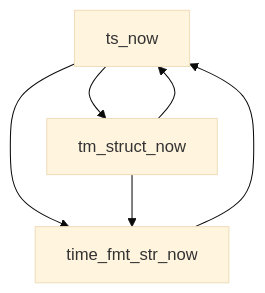
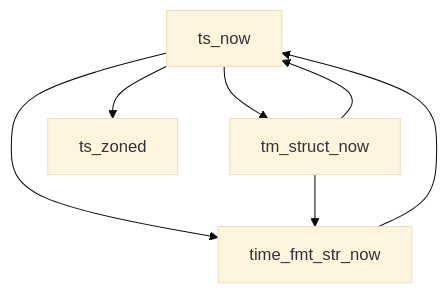
One commit to mikeli94cn/c changed the second of 2 diagrams in flowchart.md. Above: the diagram before and after it, drawn with Mermaid (base theme).

Commit message:
time in c

````diff
--- a/flowchart.md
+++ b/flowchart.md
@@ -25,8 +25,9 @@
 ```mermaid
 flowchart TD
     A[ts_now] --> B[tm_struct_now]
     A --> C[time_fmt_str_now]  
     B --> C
     B --> A
     C --> A
+    A --> D[ts_zoned]
 ```
````
